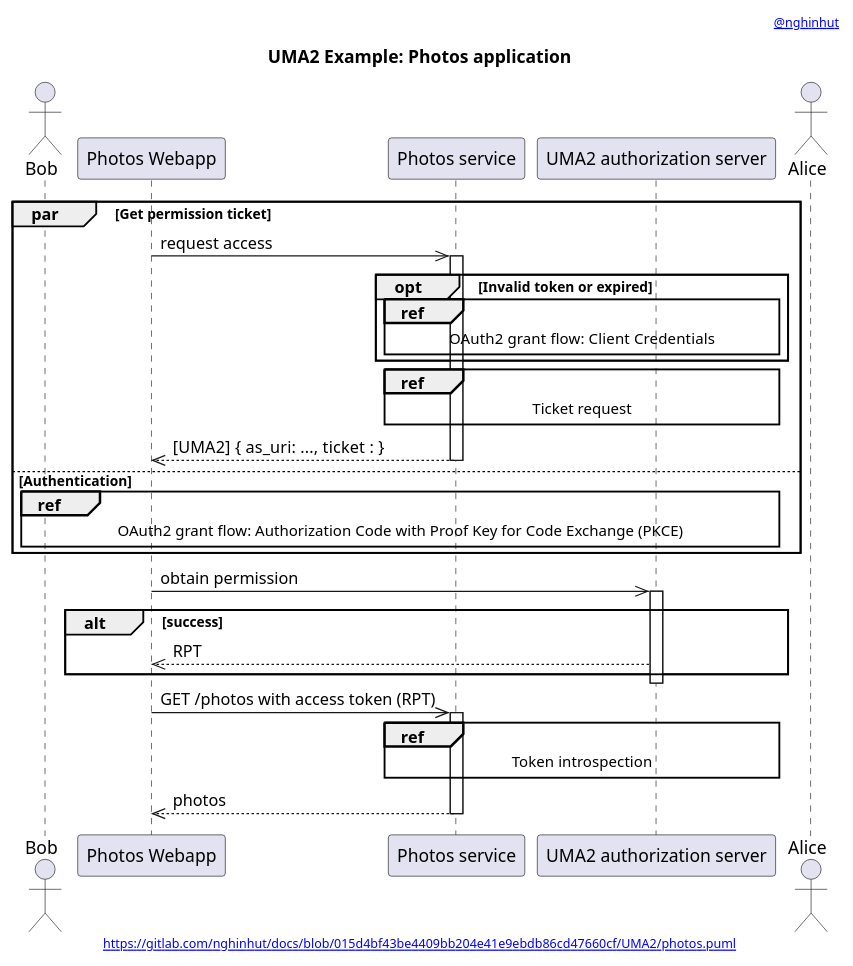
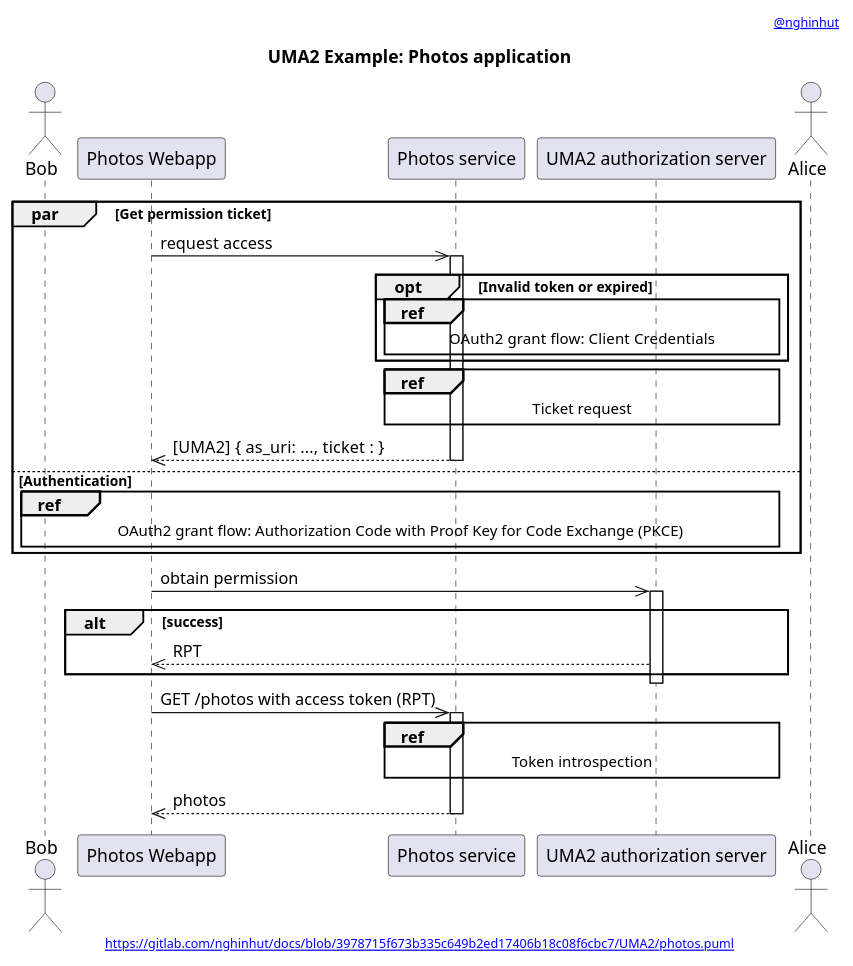
One commit to nghinhut/docs changed the diagram in UMA2/photos.apps.puml. Above: the diagram before and after it, drawn with PlantUML. The commit also changed 22 other files, not shown here.

Commit message:
Update diagrams

```diff
--- a/UMA2/photos.apps.puml
+++ b/UMA2/photos.apps.puml
@@ -1,43 +1,43 @@
 @startuml
 '-----START auto generated metadata please keep comment here to allow auto update-----
 '-----DON'T EDIT THIS SECTION, INSTEAD RE-RUN prebuild.sh TO UPDATE-----
-header [[https://www.nghinhut.dev?from=http%5C%3A%5C%2F%5C%2Fwww%5C.plantuml%5C.com%5C%2Fplantuml%5C%2Fproxy%3Ffmt%3Dsvg%5C%26src%3Dhttps%5C%3A%5C%2F%5C%2Fgitlab%5C.com%5C%2Fnghinhut%5C%2Fdocs%5C%2Fraw%5C%2F015d4bf43be4409bb204e41e9ebdb86cd47660cf%5C%2FUMA2%5C%2Fphotos%5C.puml%0A @nghinhut]]
-footer [[http://www.plantuml.com/plantuml/proxy?fmt=svg&src=https://gitlab.com/nghinhut/docs/raw/015d4bf43be4409bb204e41e9ebdb86cd47660cf/UMA2/photos.puml https://gitlab.com/nghinhut/docs/blob/015d4bf43be4409bb204e41e9ebdb86cd47660cf/UMA2/photos.puml]]
+header [[https://www.nghinhut.dev?from=http%5C%3A%5C%2F%5C%2Fwww%5C.plantuml%5C.com%5C%2Fplantuml%5C%2Fproxy%3Ffmt%3Dsvg%5C%26src%3Dhttps%5C%3A%5C%2F%5C%2Fgitlab%5C.com%5C%2Fnghinhut%5C%2Fdocs%5C%2Fraw%5C%2F3978715f673b335c649b2ed17406b18c08f6cbc7%5C%2FUMA2%5C%2Fphotos%5C.puml%0A @nghinhut]]
+footer [[http://www.plantuml.com/plantuml/proxy?fmt=svg&src=https://gitlab.com/nghinhut/docs/raw/3978715f673b335c649b2ed17406b18c08f6cbc7/UMA2/photos.puml https://gitlab.com/nghinhut/docs/blob/3978715f673b335c649b2ed17406b18c08f6cbc7/UMA2/photos.puml]]
 '-----END auto generated metadata please keep comment here to allow auto update-----
 title UMA2 Example: Photos application
 
 actor "Bob" as rp
 participant "Photos Webapp" as client
 participant "Photos service" as rs
 participant "UMA2 authorization server" as as
 actor "Alice" as ro
 
 par Get permission ticket
     client ->> rs : request access
     activate rs
 
     opt Invalid token or expired
         ref over rs, as : OAuth2 grant flow: Client  Credentials
     end
 
     ref over rs, as : Ticket request
 
     client <<-- rs : [UMA2] { as_uri: ...,  ticket : }
     deactivate rs
 else Authentication
     ref over rp, as : OAuth2 grant flow: Authorization Code with Proof Key for Code Exchange (PKCE)
 end
 
 client ->> as : obtain permission
 activate as
 alt success
 client <<-- as : RPT
 end
 deactivate as
 
 client ->> rs : GET /photos with access token (RPT)
 activate rs
 ref over rs, as : Token introspection
 client <<-- rs : photos
 deactivate rs
 @enduml
```
